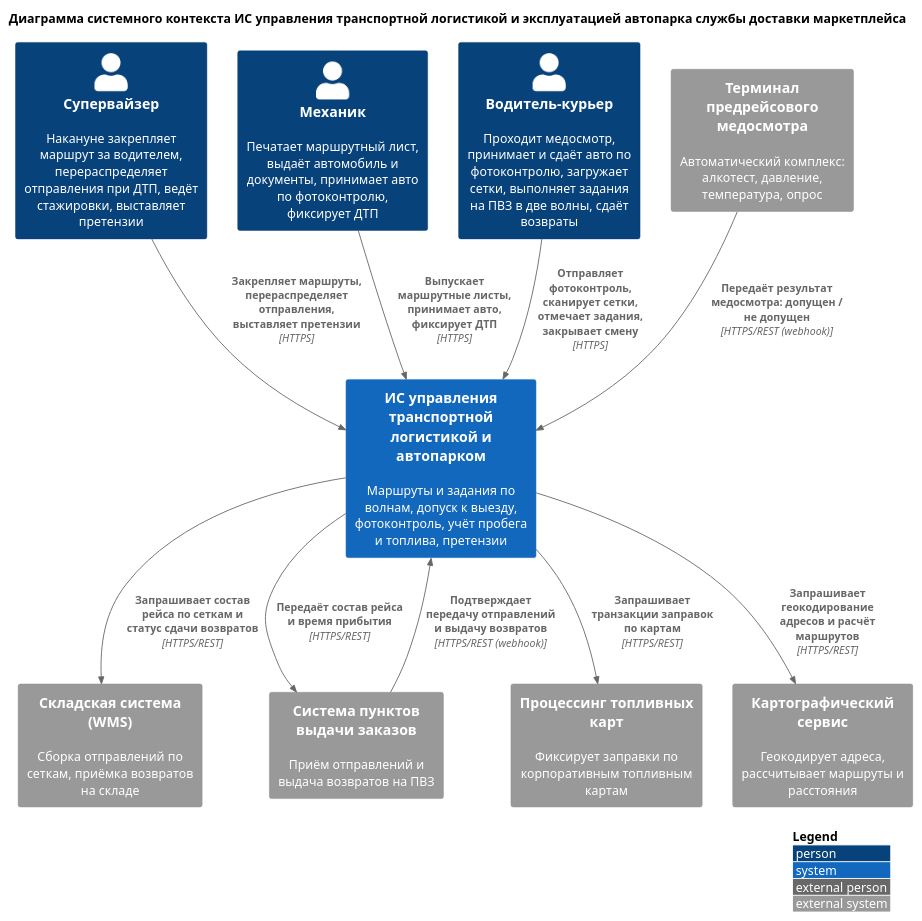
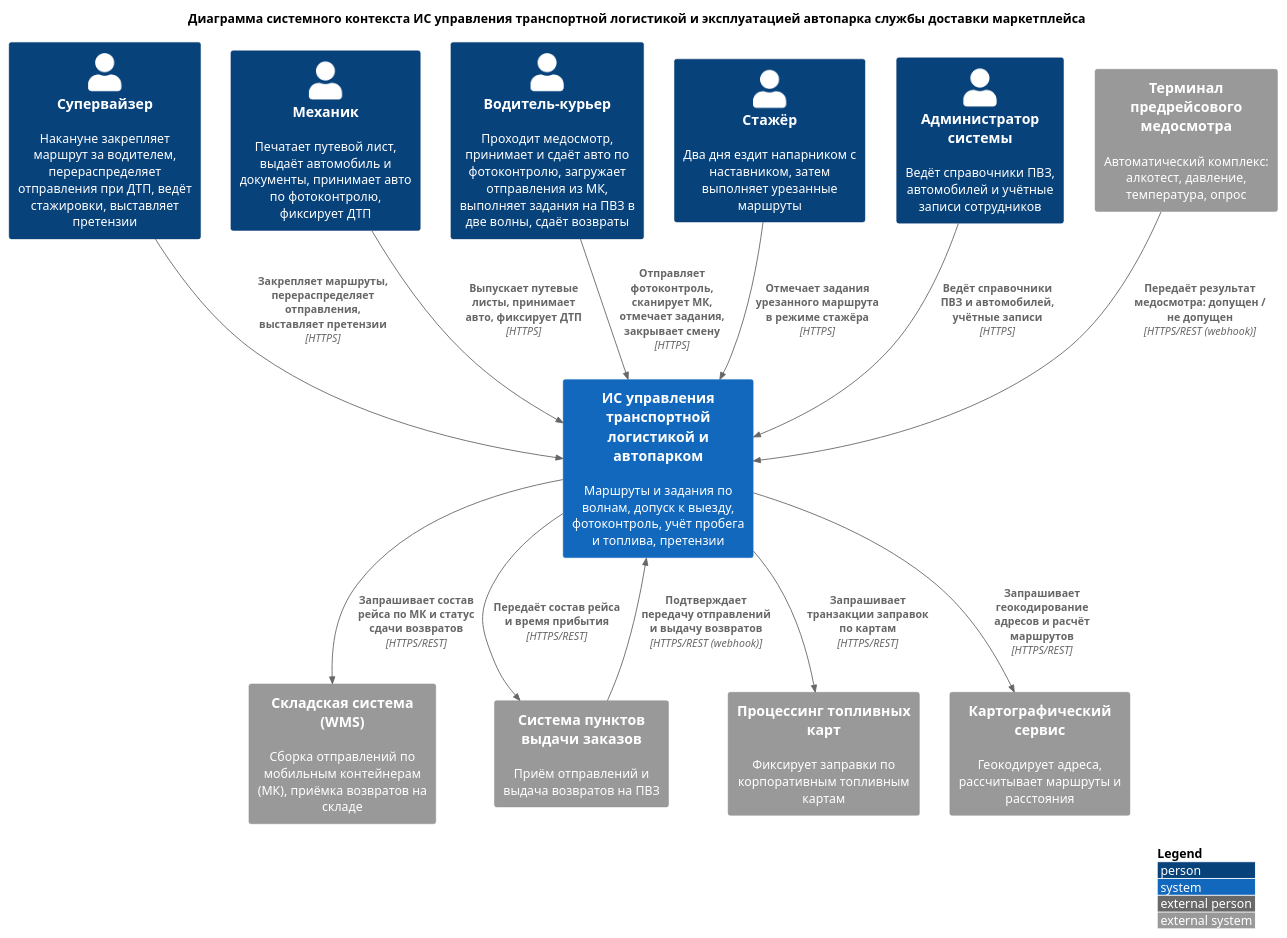
One commit to IvanRjevskii/KursovoiProektTeam13 changed the diagram in src/context/main-context.puml. Above: the diagram before and after it, drawn with PlantUML.

Commit message:
ЛР2: сводная диаграмма контекста L1 (5 ролей, МК)

```diff
--- a/src/context/main-context.puml
+++ b/src/context/main-context.puml
@@ -1,46 +1,50 @@
 @startuml main-context
 ' ============================================================
 ' Команда 13. Уровень L1 — диаграмма системного контекста.
 ' Файл ведёт тимлид (Ржевский И. А.).
 ' Правила: только Rel() без направляющих суффиксов, без локальных стилей и цветов.
 ' ID элементов — строго из глоссария в README.md.
 ' ============================================================
 
 ' Библиотека C4 из стандартной поставки PlantUML (работает без интернета).
 ' Вариант из методички, если нужен именно он:
 ' !include https://raw.githubusercontent.com/plantuml-stdlib/C4-PlantUML/master/C4_Context.puml
 !include <C4/C4_Context>
 
 LAYOUT_WITH_LEGEND()
 
 title Диаграмма системного контекста ИС управления транспортной логистикой и эксплуатацией автопарка службы доставки маркетплейса
 
 ' === Пользователи системы ===
 Person(supervisor, "Супервайзер", "Накануне закрепляет маршрут за водителем, перераспределяет отправления при ДТП, ведёт стажировки, выставляет претензии")
-Person(mechanic, "Механик", "Печатает маршрутный лист, выдаёт автомобиль и документы, принимает авто по фотоконтролю, фиксирует ДТП")
-Person(courier, "Водитель-курьер", "Проходит медосмотр, принимает и сдаёт авто по фотоконтролю, загружает сетки, выполняет задания на ПВЗ в две волны, сдаёт возвраты")
+Person(mechanic, "Механик", "Печатает путевой лист, выдаёт автомобиль и документы, принимает авто по фотоконтролю, фиксирует ДТП")
+Person(courier, "Водитель-курьер", "Проходит медосмотр, принимает и сдаёт авто по фотоконтролю, загружает отправления из МК, выполняет задания на ПВЗ в две волны, сдаёт возвраты")
+Person(trainee, "Стажёр", "Два дня ездит напарником с наставником, затем выполняет урезанные маршруты")
+Person(admin, "Администратор системы", "Ведёт справочники ПВЗ, автомобилей и учётные записи сотрудников")
 
 ' === Проектируемая система — единый «чёрный ящик» ===
 System(fleet_system, "ИС управления транспортной логистикой и автопарком", "Маршруты и задания по волнам, допуск к выезду, фотоконтроль, учёт пробега и топлива, претензии")
 
 ' === Внешние системы вне контроля команды ===
 System_Ext(medical_terminal, "Терминал предрейсового медосмотра", "Автоматический комплекс: алкотест, давление, температура, опрос")
-System_Ext(wms, "Складская система (WMS)", "Сборка отправлений по сеткам, приёмка возвратов на складе")
+System_Ext(wms, "Складская система (WMS)", "Сборка отправлений по мобильным контейнерам (МК), приёмка возвратов на складе")
 System_Ext(pvz_system, "Система пунктов выдачи заказов", "Приём отправлений и выдача возвратов на ПВЗ")
 System_Ext(fuel_card_processing, "Процессинг топливных карт", "Фиксирует заправки по корпоративным топливным картам")
 System_Ext(geo_service, "Картографический сервис", "Геокодирует адреса, рассчитывает маршруты и расстояния")
 
 ' === Связи с пользователями ===
 Rel(supervisor, fleet_system, "Закрепляет маршруты, перераспределяет отправления, выставляет претензии", "HTTPS")
-Rel(mechanic, fleet_system, "Выпускает маршрутные листы, принимает авто, фиксирует ДТП", "HTTPS")
-Rel(courier, fleet_system, "Отправляет фотоконтроль, сканирует сетки, отмечает задания, закрывает смену", "HTTPS")
+Rel(mechanic, fleet_system, "Выпускает путевые листы, принимает авто, фиксирует ДТП", "HTTPS")
+Rel(courier, fleet_system, "Отправляет фотоконтроль, сканирует МК, отмечает задания, закрывает смену", "HTTPS")
+Rel(trainee, fleet_system, "Отмечает задания урезанного маршрута в режиме стажёра", "HTTPS")
+Rel(admin, fleet_system, "Ведёт справочники ПВЗ и автомобилей, учётные записи", "HTTPS")
 
 ' === Связи с внешними системами ===
 Rel(medical_terminal, fleet_system, "Передаёт результат медосмотра: допущен / не допущен", "HTTPS/REST (webhook)")
-Rel(fleet_system, wms, "Запрашивает состав рейса по сеткам и статус сдачи возвратов", "HTTPS/REST")
+Rel(fleet_system, wms, "Запрашивает состав рейса по МК и статус сдачи возвратов", "HTTPS/REST")
 Rel(fleet_system, pvz_system, "Передаёт состав рейса и время прибытия", "HTTPS/REST")
 Rel(pvz_system, fleet_system, "Подтверждает передачу отправлений и выдачу возвратов", "HTTPS/REST (webhook)")
 Rel(fleet_system, fuel_card_processing, "Запрашивает транзакции заправок по картам", "HTTPS/REST")
 Rel(fleet_system, geo_service, "Запрашивает геокодирование адресов и расчёт маршрутов", "HTTPS/REST")
 
 @enduml
```
